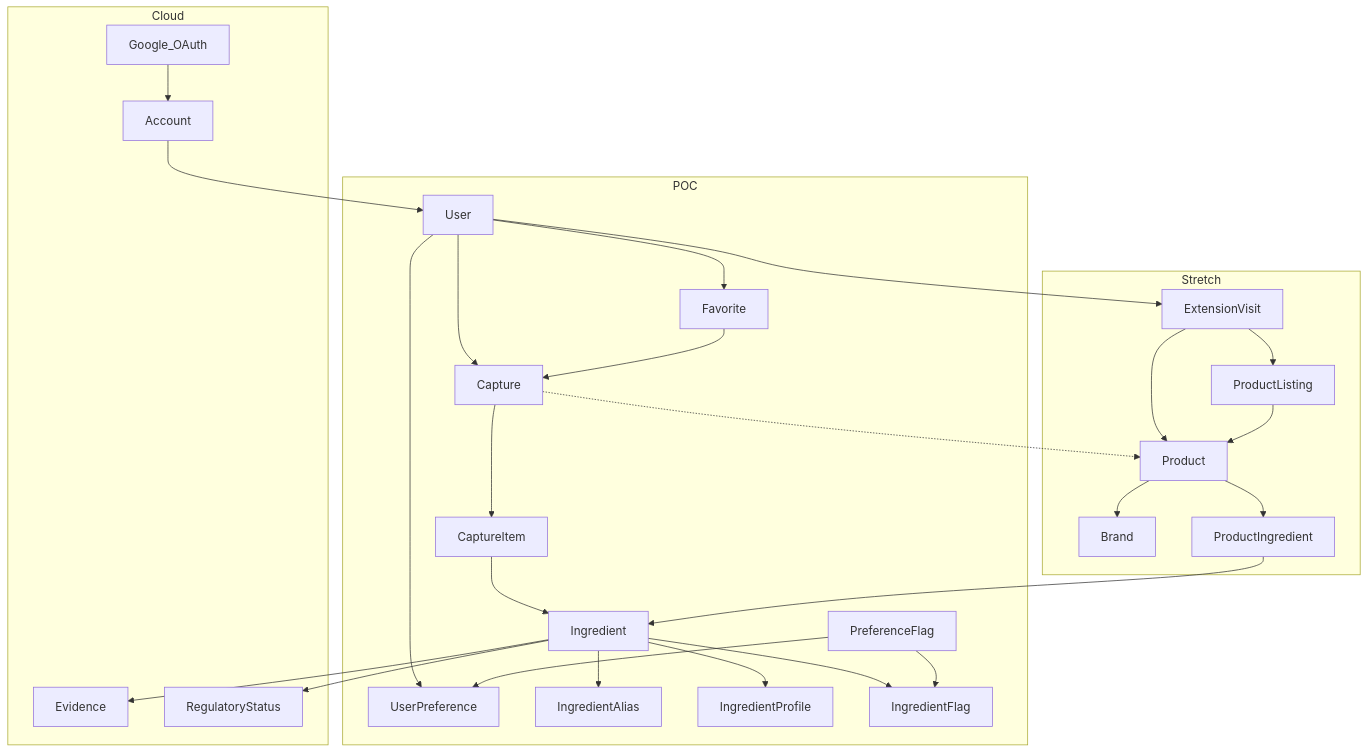
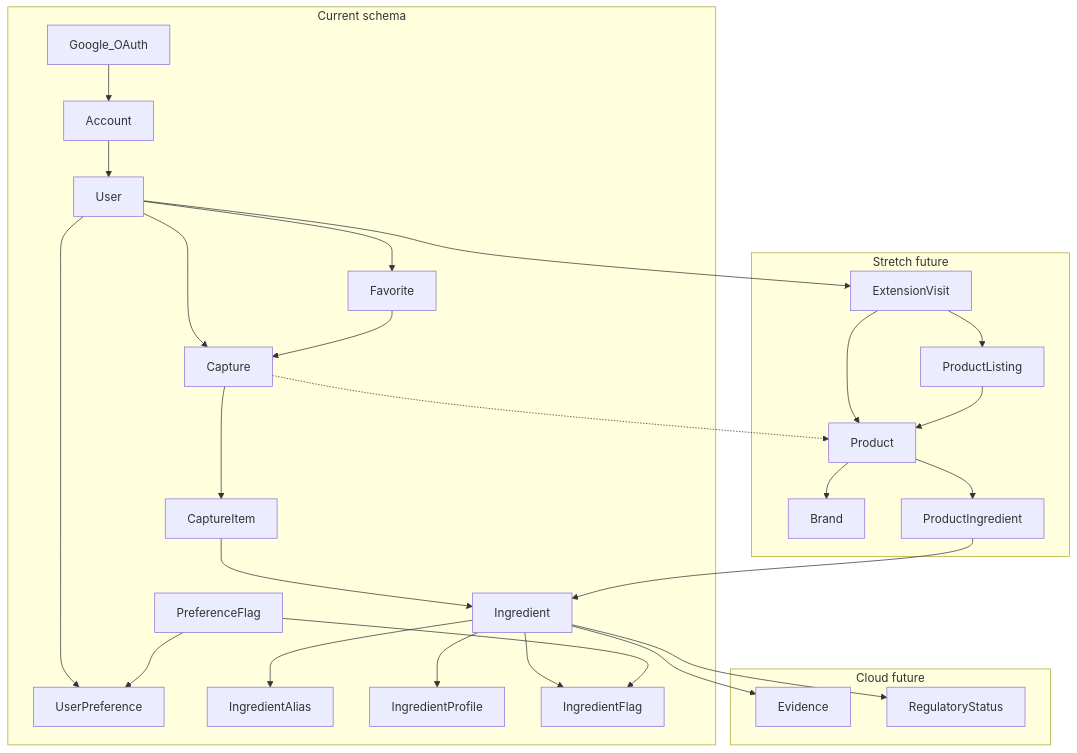
Before and after one commit to VicChen199/Ingredia: the diagram in docs/specs/phases/data-model.md, drawn with Mermaid. The commit also changed other lines of this file and 21 other files, not shown here.

````diff
--- a/docs/specs/phases/data-model.md
+++ b/docs/specs/phases/data-model.md
@@ -46,32 +46,32 @@
 ```mermaid
 flowchart TD
-  subgraph poc [POC]
+  subgraph current [Current schema]
     User --> UserPreference
     PreferenceFlag --> UserPreference
     User --> Capture
     User --> Favorite
     Favorite --> Capture
     Capture --> CaptureItem
     CaptureItem --> Ingredient
     Ingredient --> IngredientAlias
     Ingredient --> IngredientProfile
     Ingredient --> IngredientFlag
     PreferenceFlag --> IngredientFlag
-  end
-  subgraph cloud [Cloud]
     Google[Google_OAuth] --> Account
     Account --> User
+  end
+  subgraph cloud [Cloud future]
     Ingredient --> Evidence
     Ingredient --> RegulatoryStatus
   end
-  subgraph stretch [Stretch]
+  subgraph stretch [Stretch future]
     User --> ExtensionVisit
     ExtensionVisit --> ProductListing
     ExtensionVisit --> Product
     Capture -.-> Product
     ProductListing --> Product
     Product --> Brand
     Product --> ProductIngredient
     ProductIngredient --> Ingredient
   end
 ```
````
